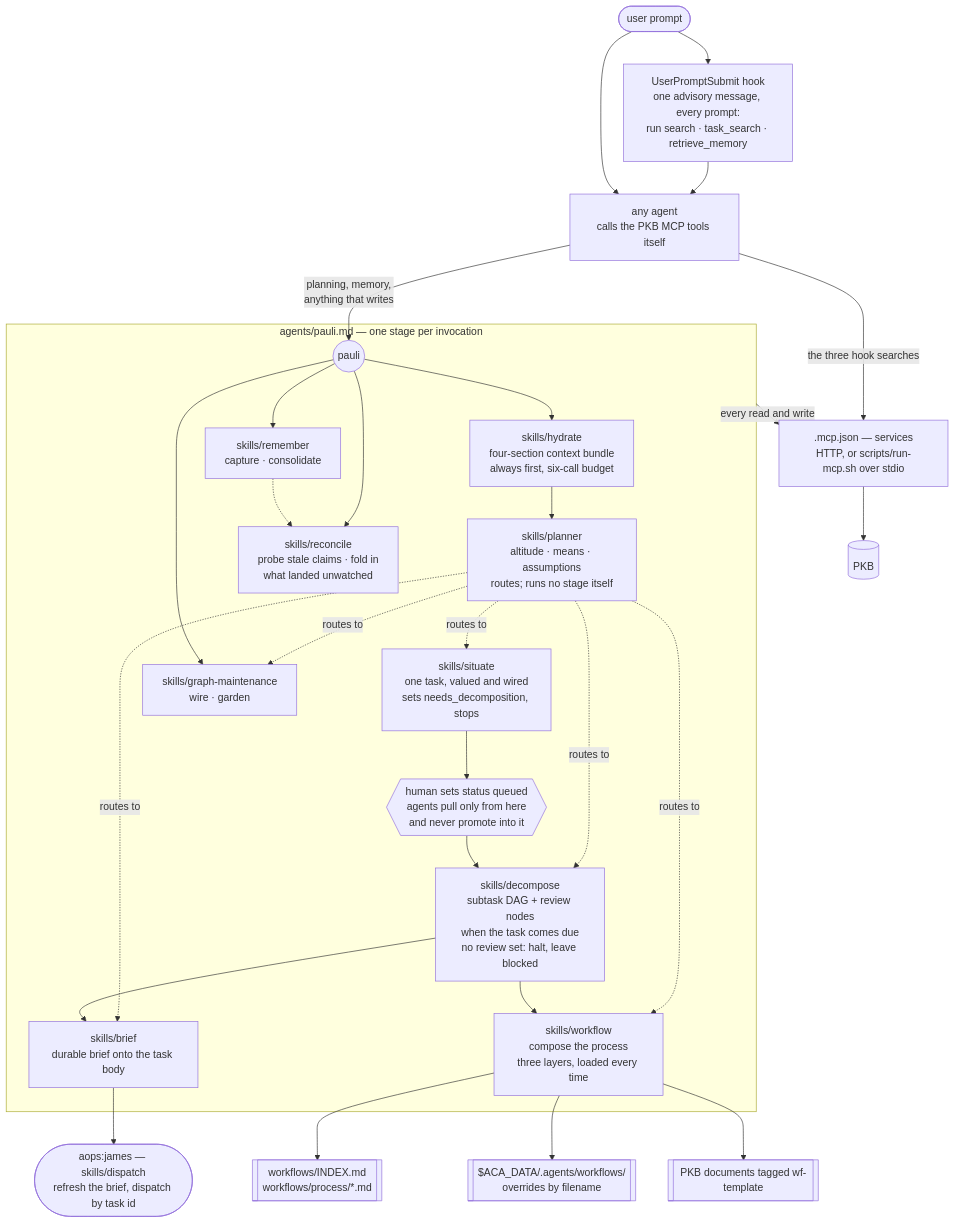
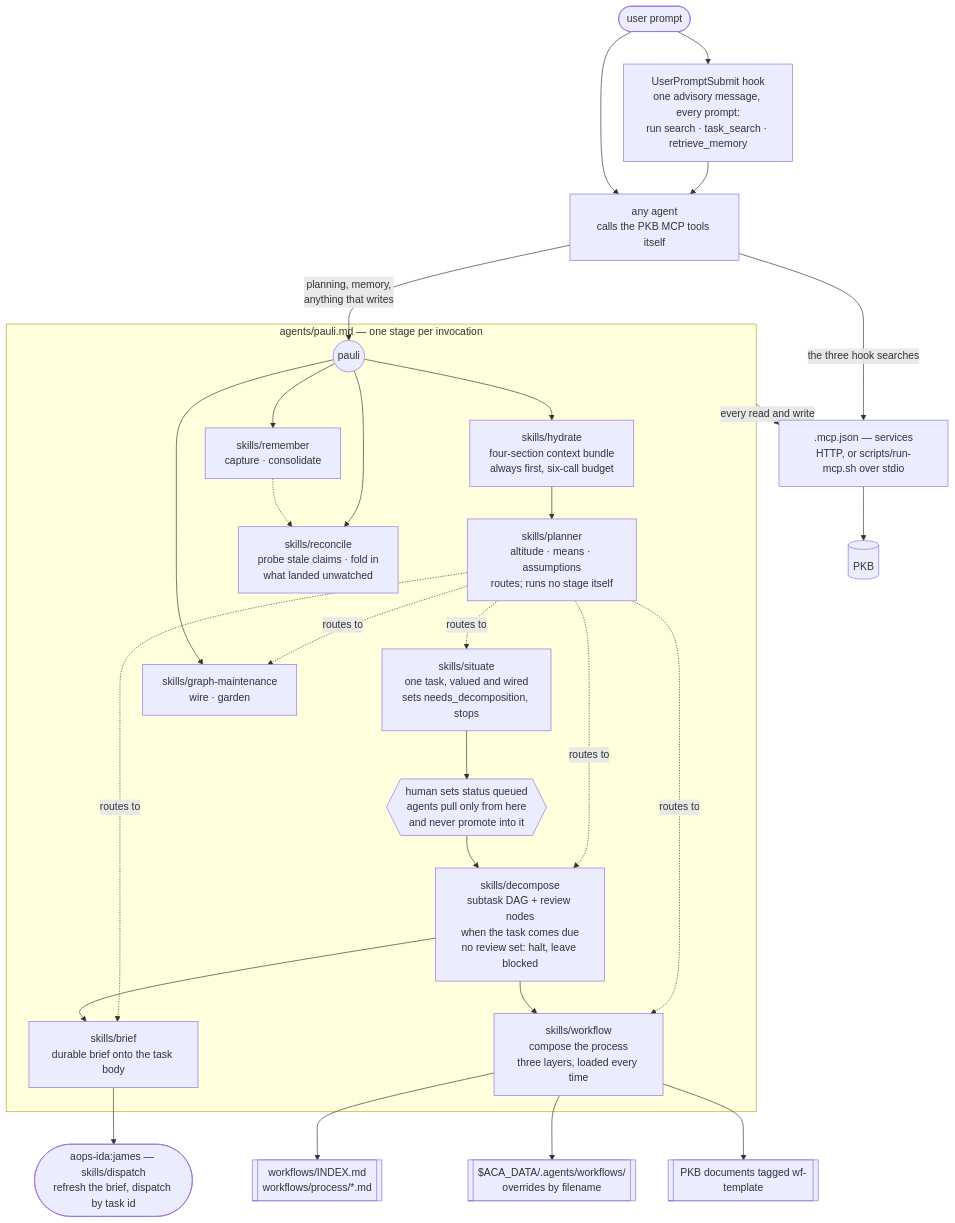
One commit to nicsuzor/academicOps changed the diagram in plugins/pkb/README.md. Above: the diagram before and after it, drawn with Mermaid. The commit also changed 10 other files, not shown here.

First line of the commit message:
Fold james into the ida plugin

````diff
--- a/plugins/pkb/README.md
+++ b/plugins/pkb/README.md
@@ -8,43 +8,43 @@
 ```mermaid
 flowchart TD
     prompt([user prompt]) --> hook
 
     hook["UserPromptSubmit hook<br/>one advisory message, every prompt:<br/>run search · task_search · retrieve_memory"]
     hook --> agent
     prompt --> agent["any agent<br/>calls the PKB MCP tools itself"]
 
     agent -- "planning, memory,<br/>anything that writes" --> pauli
 
     subgraph pkbwrite["agents/pauli.md — one stage per invocation"]
         pauli(("pauli"))
         pauli --> hydrate["skills/hydrate<br/>four-section context bundle<br/>always first, six-call budget"]
         hydrate --> planner["skills/planner<br/>altitude · means · assumptions<br/>routes; runs no stage itself"]
         planner -. routes to .-> situate
         planner -. routes to .-> decompose
         planner -. routes to .-> brief
         planner -. routes to .-> composer
         planner -. routes to .-> gardening
 
         situate["skills/situate<br/>one task, valued and wired<br/>sets needs_decomposition, stops"]
         situate --> gate{{"human sets status queued<br/>agents pull only from here<br/>and never promote into it"}}
         gate --> decompose["skills/decompose<br/>subtask DAG + review nodes<br/>when the task comes due<br/>no review set: halt, leave blocked"]
         decompose --> composer["skills/workflow<br/>compose the process<br/>three layers, loaded every time"]
         decompose --> brief["skills/brief<br/>durable brief onto the task body"]
 
         pauli --> remember["skills/remember<br/>capture · consolidate"]
         pauli --> gardening["skills/graph-maintenance<br/>wire · garden"]
         pauli --> reconcile["skills/reconcile<br/>probe stale claims · fold in<br/>what landed unwatched"]
         remember -.-> reconcile
     end
 
     composer --> library[["workflows/INDEX.md<br/>workflows/process/*.md"]]
     composer --> userlayer[["$ACA_DATA/.agents/workflows/<br/>overrides by filename"]]
     composer --> wftemplates[["PKB documents tagged wf-template"]]
 
     pkbwrite -- "every read and write" --> mcp
     agent -- "the three hook searches" --> mcp
 
     mcp[".mcp.json — services<br/>HTTP, or scripts/run-mcp.sh over stdio"] --> pkbstore[(PKB)]
 
-    brief --> dispatch(["aops:james — skills/dispatch<br/>refresh the brief, dispatch by task id"])
+    brief --> dispatch(["aops-ida:james — skills/dispatch<br/>refresh the brief, dispatch by task id"])
 ```
````
